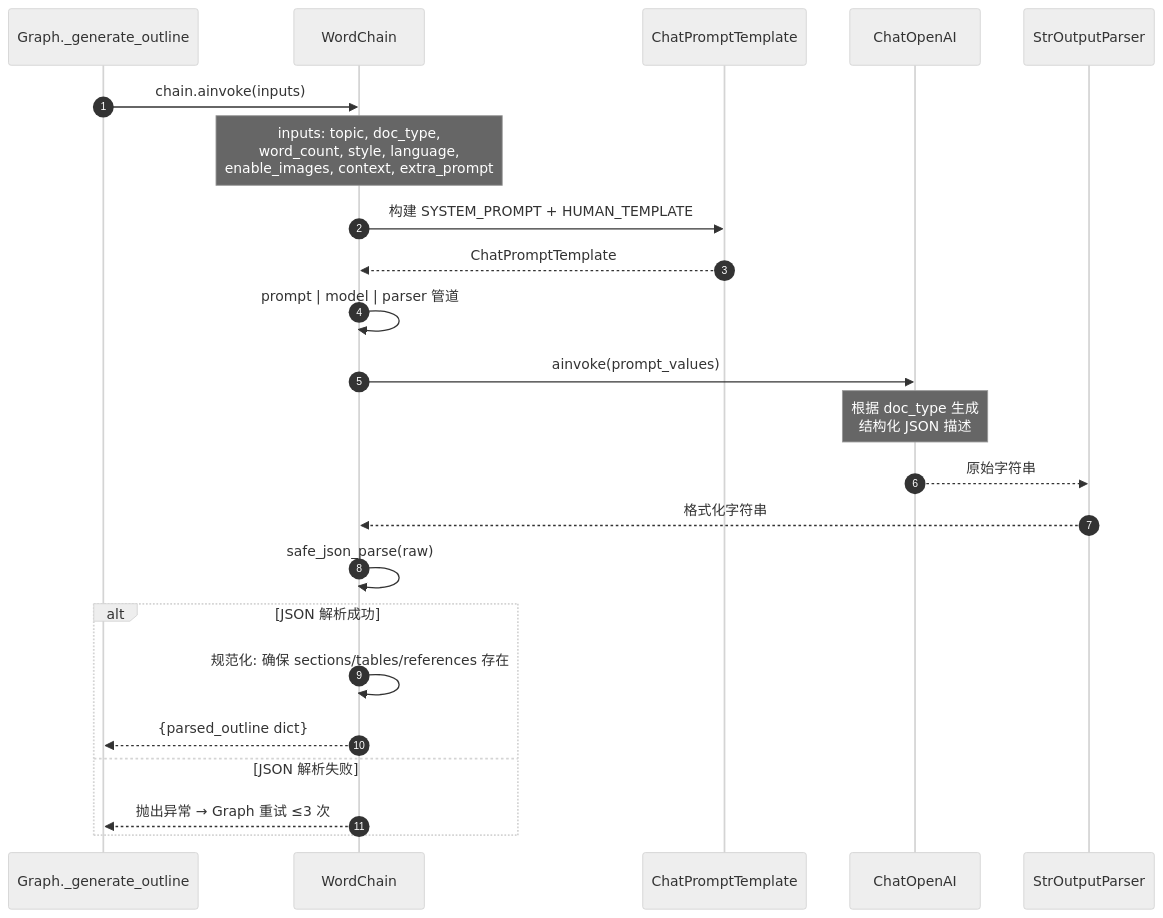
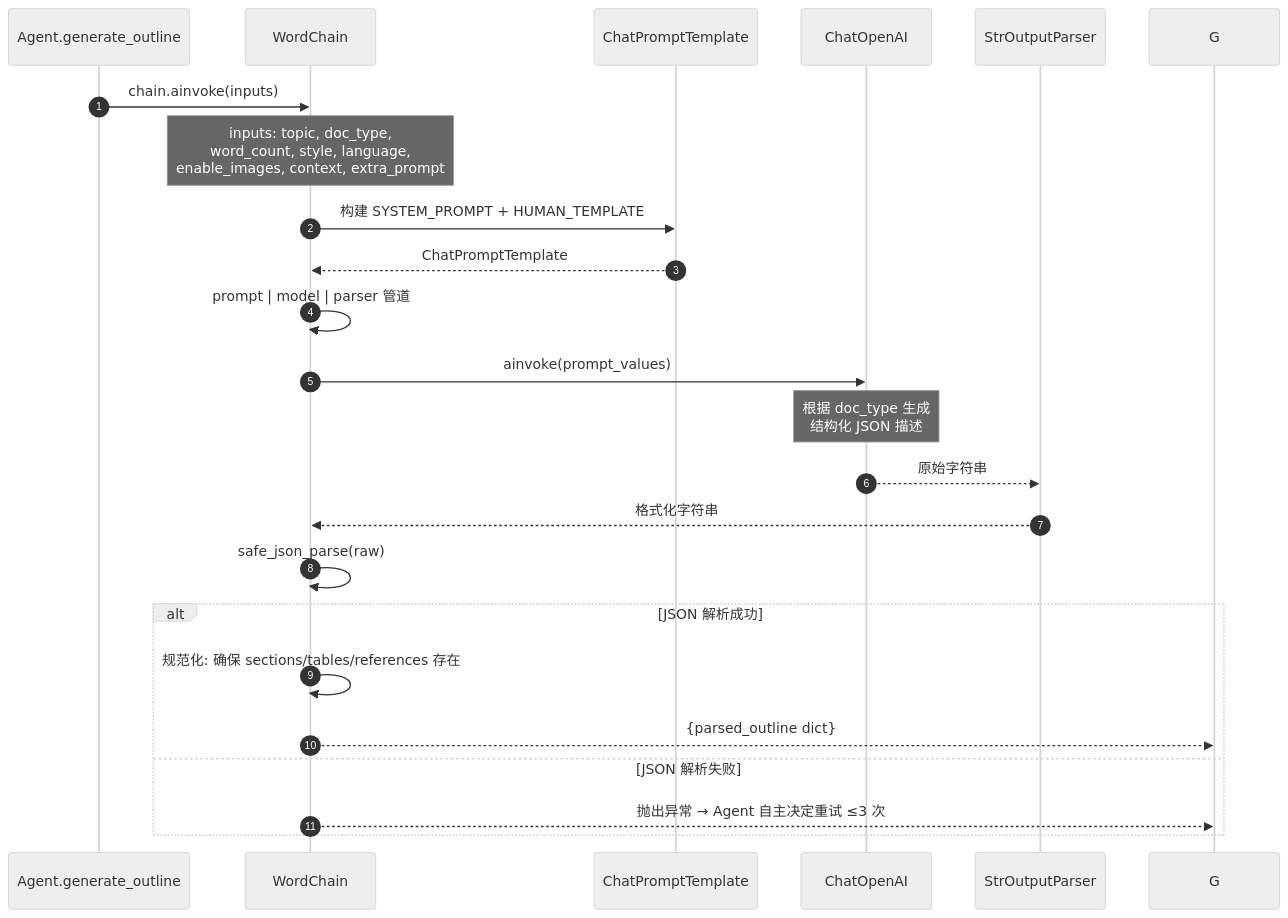
The first of 3 diagrams in doc/graph/WORD_GENERATION.md (ForeverGreenDam/BirdHelp-AI), drawn with Mermaid (neutral theme) before and after one commit. The commit also changed other lines of this file and 10 other files, not shown here.

````diff
--- a/doc/graph/WORD_GENERATION.md
+++ b/doc/graph/WORD_GENERATION.md
@@ -105,31 +106,31 @@
 ```mermaid
 sequenceDiagram
     autonumber
-    participant G as Graph._generate_outline
+    participant A as Agent.generate_outline
     participant WC as WordChain
     participant PT as ChatPromptTemplate
     participant LLM as ChatOpenAI
     participant P as StrOutputParser
 
-    G->>WC: chain.ainvoke(inputs)
+    A->>WC: chain.ainvoke(inputs)
     Note over WC: inputs: topic, doc_type,<br/>word_count, style, language,<br/>enable_images, context, extra_prompt
 
     WC->>PT: 构建 SYSTEM_PROMPT + HUMAN_TEMPLATE
     PT-->>WC: ChatPromptTemplate
 
     WC->>WC: prompt | model | parser 管道
 
     WC->>LLM: ainvoke(prompt_values)
     Note over LLM: 根据 doc_type 生成<br/>结构化 JSON 描述
 
     LLM-->>P: 原始字符串
     P-->>WC: 格式化字符串
 
     WC->>WC: safe_json_parse(raw)
     alt JSON 解析成功
         WC->>WC: 规范化: 确保 sections/tables/references 存在
         WC-->>G: {parsed_outline dict}
     else JSON 解析失败
-        WC-->>G: 抛出异常 → Graph 重试 ≤3 次
+        WC-->>G: 抛出异常 → Agent 自主决定重试 ≤3 次
     end
 ```
````
